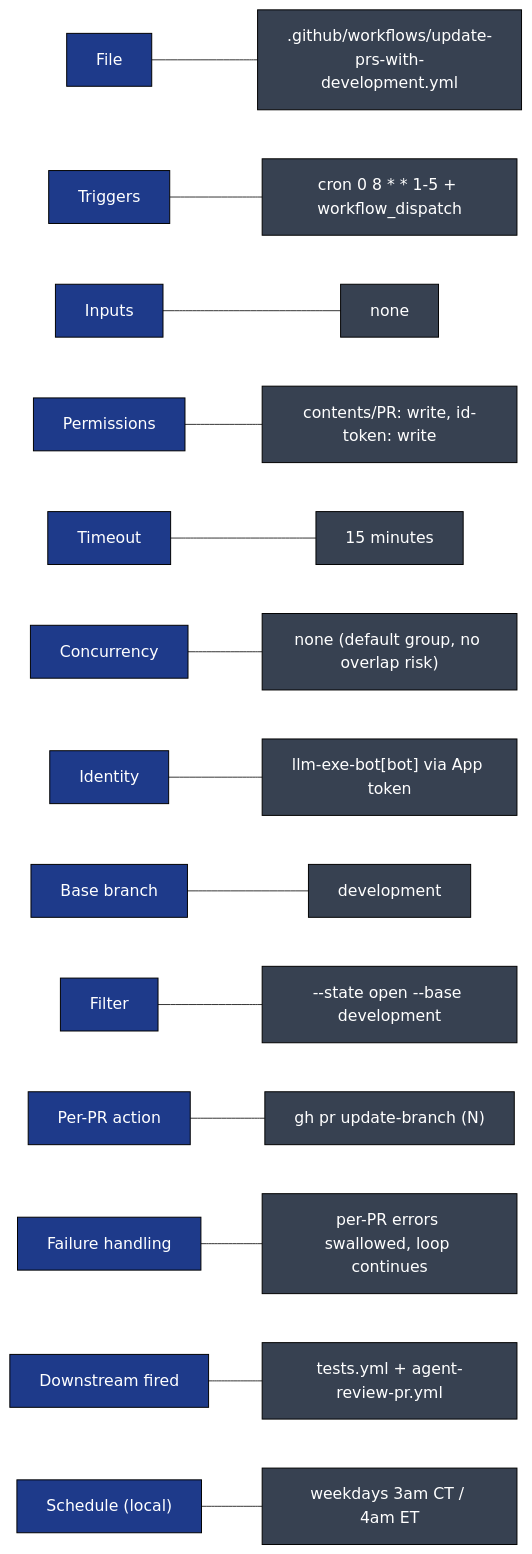
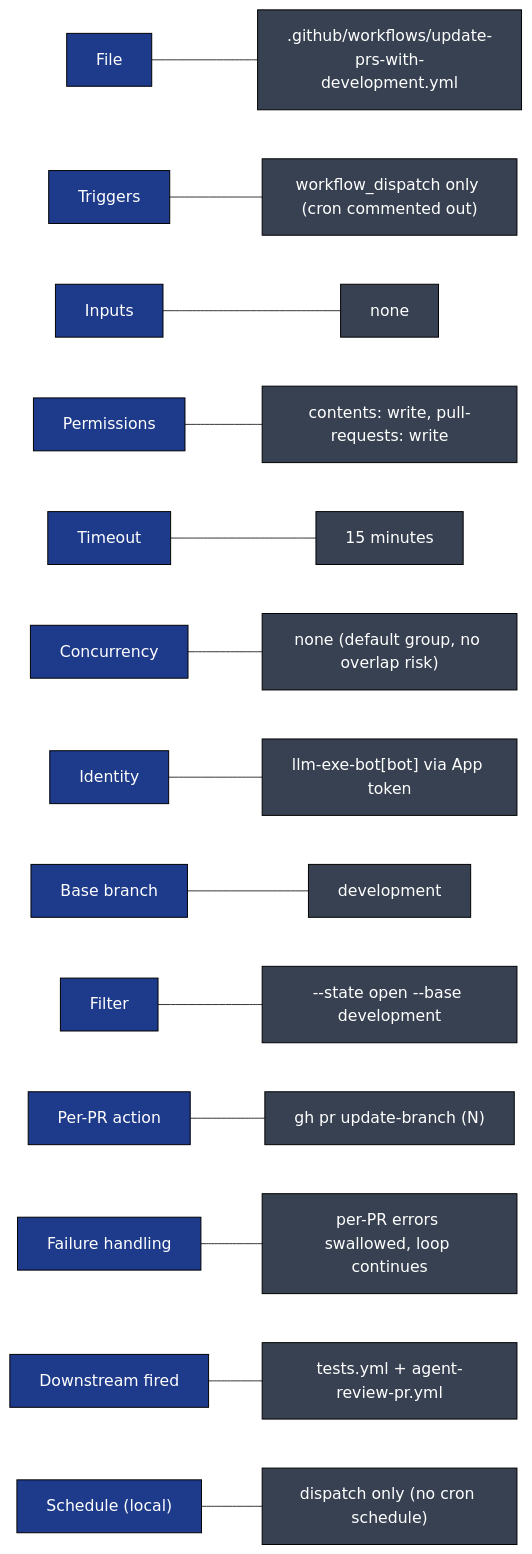
One commit to gregreindel/llm-exe changed the ninth of 9 diagrams in .github/docs/UPDATE_PRS_DEEP_DIVE.md. Above: the diagram before and after it, drawn with Mermaid. The commit also changed 3 other files, not shown here.

````diff
--- a/.github/docs/UPDATE_PRS_DEEP_DIVE.md
+++ b/.github/docs/UPDATE_PRS_DEEP_DIVE.md
@@ -340,19 +340,19 @@
 ```mermaid
 flowchart LR
     classDef k fill:#1e3a8a,color:#fff,stroke:#000
     classDef v fill:#374151,color:#fff,stroke:#000
 
     K1["File"]:::k --- V1[".github/workflows/update-prs-with-development.yml"]:::v
-    K2["Triggers"]:::k --- V2["cron 0 8 * * 1-5 + workflow_dispatch"]:::v
+    K2["Triggers"]:::k --- V2["workflow_dispatch only (cron commented out)"]:::v
     K3["Inputs"]:::k --- V3["none"]:::v
-    K4["Permissions"]:::k --- V4["contents/PR: write, id-token: write"]:::v
+    K4["Permissions"]:::k --- V4["contents: write, pull-requests: write"]:::v
     K5["Timeout"]:::k --- V5["15 minutes"]:::v
     K6["Concurrency"]:::k --- V6["none (default group, no overlap risk)"]:::v
     K7["Identity"]:::k --- V7["llm-exe-bot[bot] via App token"]:::v
     K8["Base branch"]:::k --- V8["development"]:::v
     K9["Filter"]:::k --- V9["--state open --base development"]:::v
     K10["Per-PR action"]:::k --- V10["gh pr update-branch (N)"]:::v
     K11["Failure handling"]:::k --- V11["per-PR errors swallowed, loop continues"]:::v
     K12["Downstream fired"]:::k --- V12["tests.yml + agent-review-pr.yml"]:::v
-    K13["Schedule (local)"]:::k --- V13["weekdays 3am CT / 4am ET"]:::v
+    K13["Schedule (local)"]:::k --- V13["dispatch only (no cron schedule)"]:::v
 ```
````
